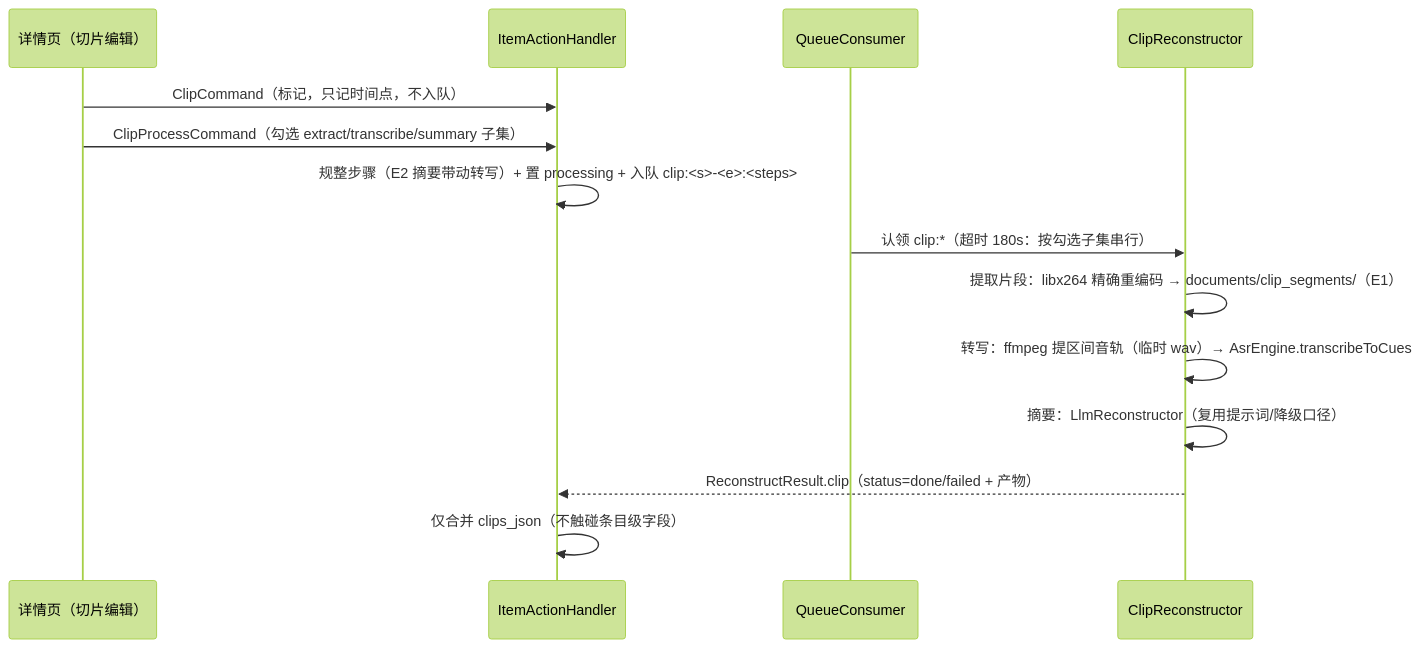
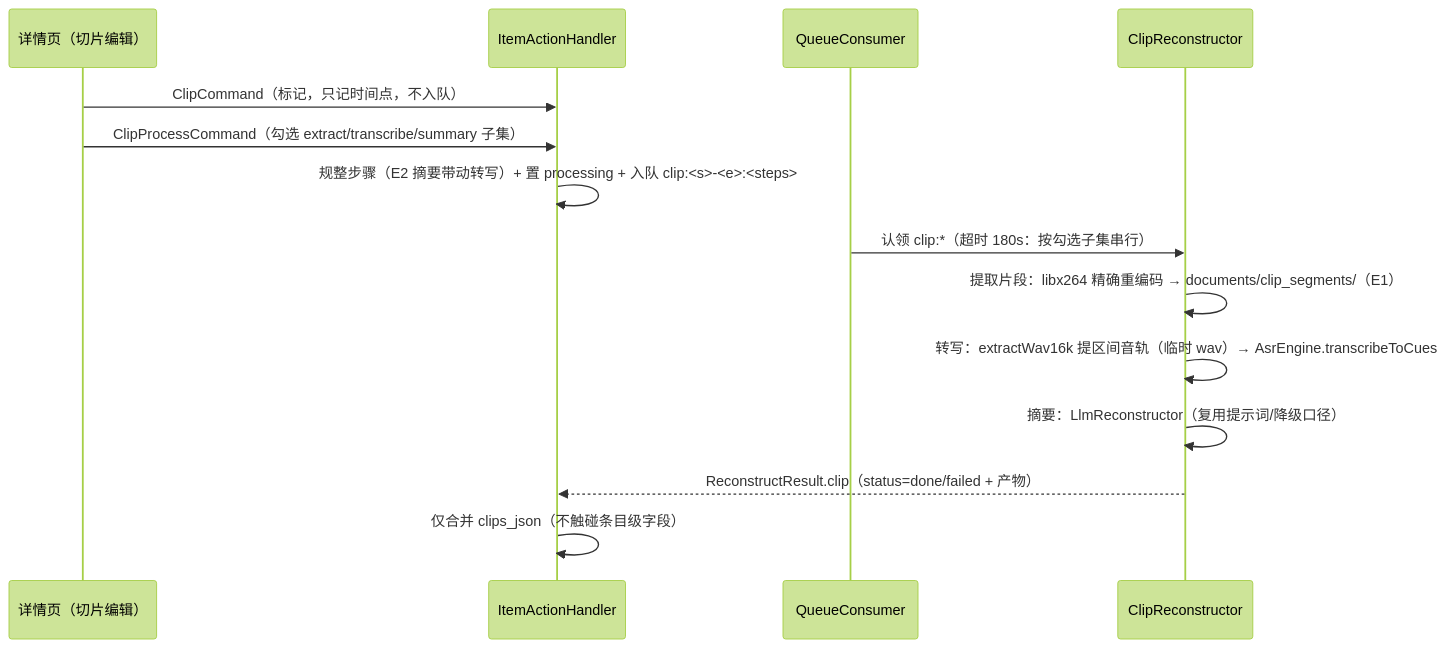
Before and after one commit to loveheng/goodshare: the diagram in docs/design/video-clips.md, drawn with Mermaid (forest theme). The commit also changed other lines of this file and 172 other files, not shown here.

````diff
--- a/docs/design/video-clips.md
+++ b/docs/design/video-clips.md
@@ -56,16 +58,16 @@
 ```mermaid
 sequenceDiagram
     participant U as 详情页（切片编辑）
     participant H as ItemActionHandler
     participant Q as QueueConsumer
     participant C as ClipReconstructor
     U->>H: ClipCommand（标记，只记时间点，不入队）
     U->>H: ClipProcessCommand（勾选 extract/transcribe/summary 子集）
     H->>H: 规整步骤（E2 摘要带动转写）+ 置 processing + 入队 clip:<s>-<e>:<steps>
     Q->>C: 认领 clip:*（超时 180s：按勾选子集串行）
     C->>C: 提取片段：libx264 精确重编码 → documents/clip_segments/（E1）
-    C->>C: 转写：ffmpeg 提区间音轨（临时 wav）→ AsrEngine.transcribeToCues
+    C->>C: 转写：extractWav16k 提区间音轨（临时 wav）→ AsrEngine.transcribeToCues
     C->>C: 摘要：LlmReconstructor（复用提示词/降级口径）
     C-->>H: ReconstructResult.clip（status=done/failed + 产物）
     H->>H: 仅合并 clips_json（不触碰条目级字段）
 ```
````
